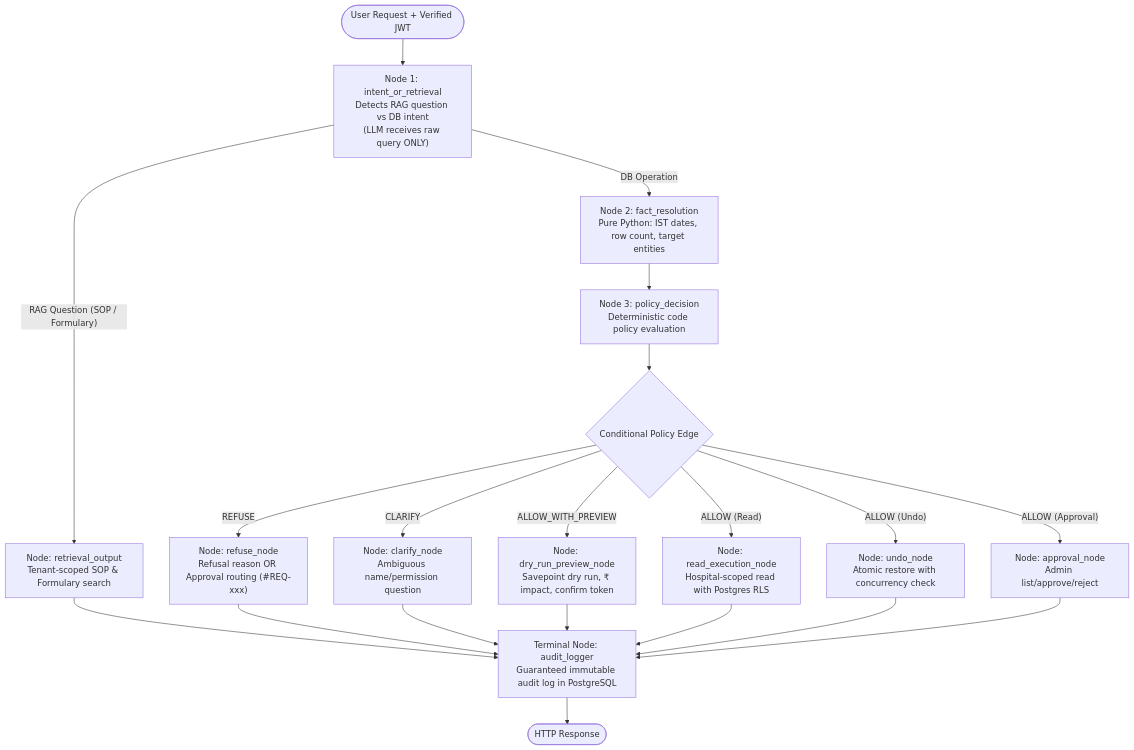
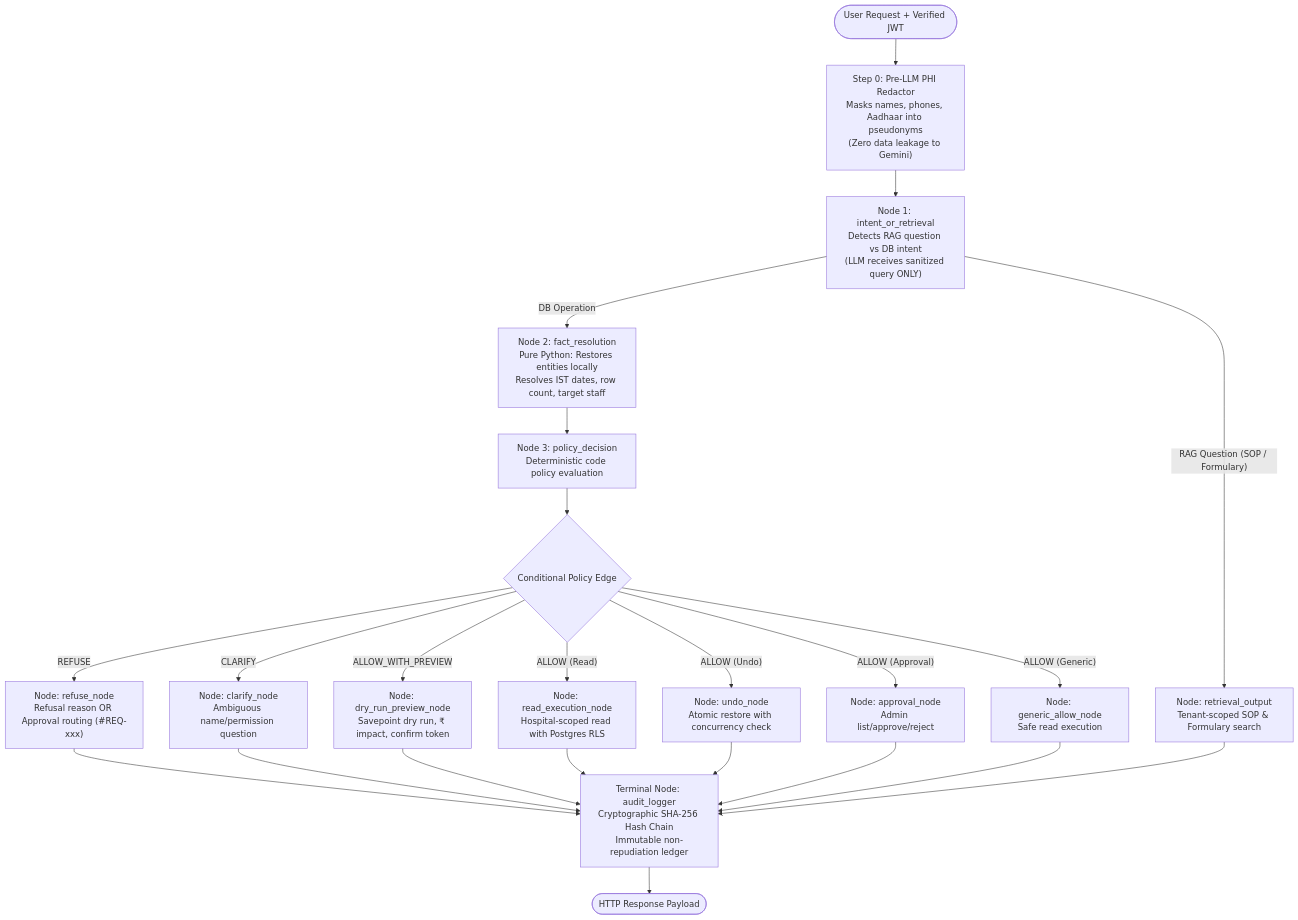
Before and after one commit to chevalasandeep8374/Take-Home-Permission-Aware-Operations-Agent: the diagram in README.md, drawn with Mermaid. The commit also changed other lines of this file and 10 other files, not shown here.

Commit message:
feat: Add Pre-LLM HIPAA PHI Redaction Engine and Cryptographic SHA-256 Hash-Chained Audit Ledger

````diff
--- a/README.md
+++ b/README.md
@@ -53,28 +58,32 @@
 ```mermaid
 flowchart TD
-    Start([User Request + Verified JWT]) --> IntentOrRAG["Node 1: intent_or_retrieval<br/>Detects RAG question vs DB intent<br/>(LLM receives raw query ONLY)"]
+    Start([User Request + Verified JWT]) --> PHIRedact["Step 0: Pre-LLM PHI Redactor<br/>Masks names, phones, Aadhaar into pseudonyms<br/>(Zero data leakage to Gemini)"]
+    
+    PHIRedact --> IntentOrRAG["Node 1: intent_or_retrieval<br/>Detects RAG question vs DB intent<br/>(LLM receives sanitized query ONLY)"]
     
     IntentOrRAG -->|"RAG Question (SOP / Formulary)"| RAGNode["Node: retrieval_output<br/>Tenant-scoped SOP & Formulary search"]
-    IntentOrRAG -->|"DB Operation"| FactNode["Node 2: fact_resolution<br/>Pure Python: IST dates, row count, target entities"]
+    IntentOrRAG -->|"DB Operation"| FactNode["Node 2: fact_resolution<br/>Pure Python: Restores entities locally<br/>Resolves IST dates, row count, target staff"]
     
     FactNode --> PolicyNode["Node 3: policy_decision<br/>Deterministic code policy evaluation"]
     
     PolicyNode --> Router{"Conditional Policy Edge"}
     
     Router -->|"REFUSE"| RefuseNode["Node: refuse_node<br/>Refusal reason OR Approval routing (#REQ-xxx)"]
     Router -->|"CLARIFY"| ClarifyNode["Node: clarify_node<br/>Ambiguous name/permission question"]
     Router -->|"ALLOW_WITH_PREVIEW"| DryRunNode["Node: dry_run_preview_node<br/>Savepoint dry run, ₹ impact, confirm token"]
     Router -->|"ALLOW (Read)"| ReadNode["Node: read_execution_node<br/>Hospital-scoped read with Postgres RLS"]
     Router -->|"ALLOW (Undo)"| UndoNode["Node: undo_node<br/>Atomic restore with concurrency check"]
     Router -->|"ALLOW (Approval)"| ApprovalNode["Node: approval_node<br/>Admin list/approve/reject"]
+    Router -->|"ALLOW (Generic)"| GenNode["Node: generic_allow_node<br/>Safe read execution"]
     
-    RAGNode --> AuditLogger["Terminal Node: audit_logger<br/>Guaranteed immutable audit log in PostgreSQL"]
-    RefuseNode --> AuditLogger
+    RefuseNode --> AuditLogger["Terminal Node: audit_logger<br/>Cryptographic SHA-256 Hash Chain<br/>Immutable non-repudiation ledger"]
     ClarifyNode --> AuditLogger
     DryRunNode --> AuditLogger
     ReadNode --> AuditLogger
     UndoNode --> AuditLogger
     ApprovalNode --> AuditLogger
+    GenNode --> AuditLogger
+    RAGNode --> AuditLogger
     
-    AuditLogger --> EndNode([HTTP Response])
+    AuditLogger --> EndNode([HTTP Response Payload])
 ```
````
